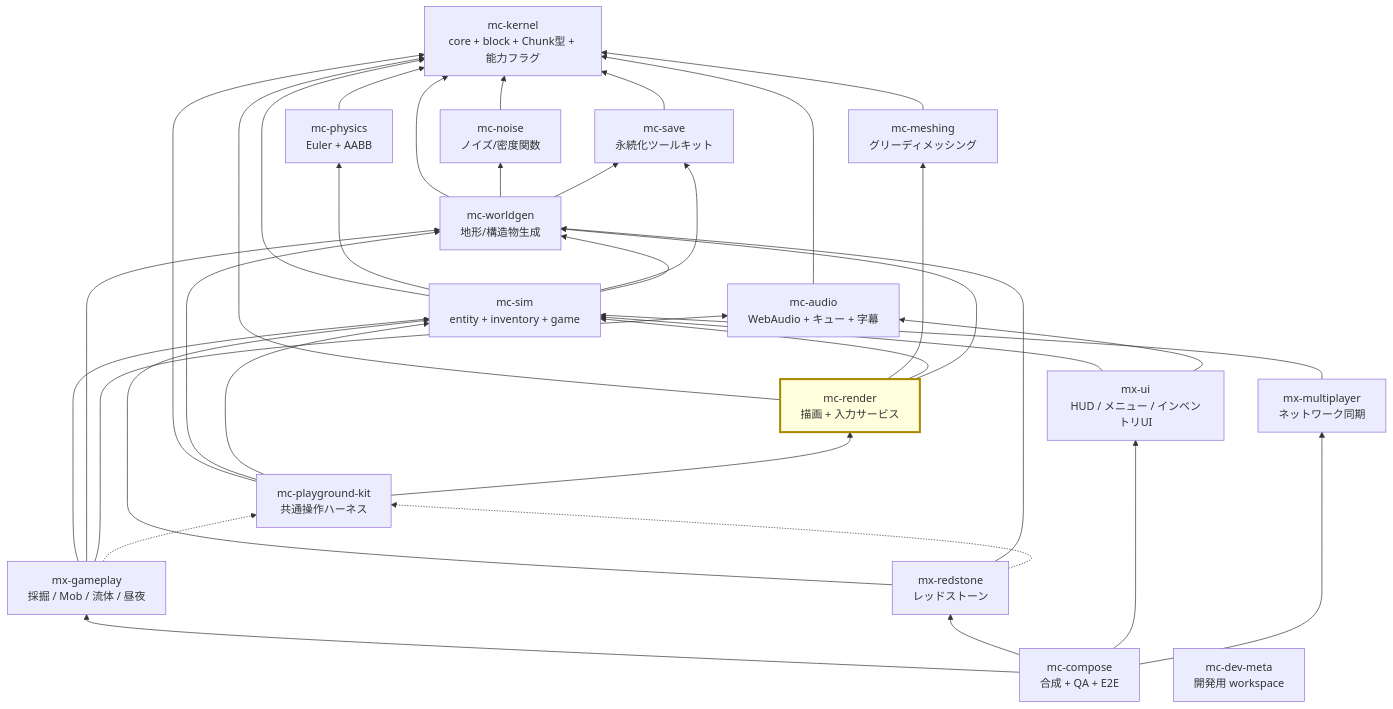
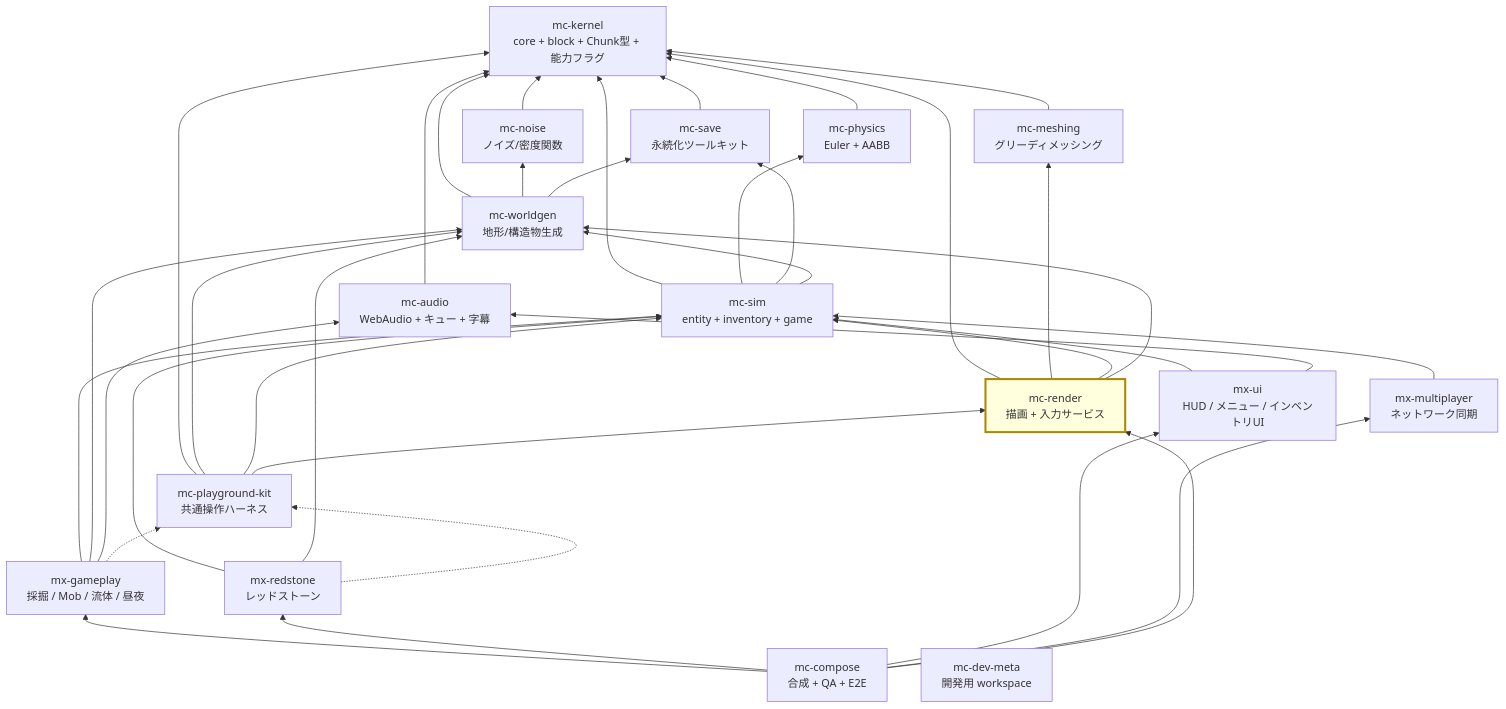
The diagram in docs/architecture.md (nerima-games/mc-render), drawn with Mermaid before and after one commit. The commit also changed other lines of this file and 15 other files, not shown here.

````diff
--- a/docs/architecture.md
+++ b/docs/architecture.md
@@ -23,56 +23,57 @@
 ```mermaid
 graph BT
   kernel["mc-kernel<br/>core + block + Chunk型 + 能力フラグ"]
   noise["mc-noise<br/>ノイズ/密度関数"]
   meshing["mc-meshing<br/>グリーディメッシング"]
   physics["mc-physics<br/>Euler + AABB"]
   save["mc-save<br/>永続化ツールキット"]
   audio["mc-audio<br/>WebAudio + キュー + 字幕"]
   worldgen["mc-worldgen<br/>地形/構造物生成"]
   sim["mc-sim<br/>entity + inventory + game"]
   render["mc-render<br/>描画 + 入力サービス"]
   kit["mc-playground-kit<br/>共通操作ハーネス"]
   gameplay["mx-gameplay<br/>採掘 / Mob / 流体 / 昼夜"]
   redstone["mx-redstone<br/>レッドストーン"]
   ui["mx-ui<br/>HUD / メニュー / インベントリUI"]
   multiplayer["mx-multiplayer<br/>ネットワーク同期"]
   compose["mc-compose<br/>合成 + QA + E2E"]
   devmeta["mc-dev-meta<br/>開発用 workspace"]
 
   noise --> kernel
   meshing --> kernel
   physics --> kernel
   save --> kernel
   audio --> kernel
   worldgen --> kernel
   worldgen --> noise
   worldgen --> save
   sim --> kernel
   sim --> physics
   sim --> save
   sim --> worldgen
   render --> kernel
   render --> meshing
   render --> sim
   render --> worldgen
   kit --> kernel
   kit --> worldgen
   kit --> sim
   kit --> render
   gameplay --> sim
   gameplay --> worldgen
   gameplay --> audio
   gameplay -.-> kit
   redstone --> sim
   redstone --> worldgen
   redstone -.-> kit
   ui --> sim
   ui --> audio
   multiplayer --> sim
   compose --> gameplay
   compose --> redstone
   compose --> ui
   compose --> multiplayer
+  compose --> render
 
   style render fill:#ffd,stroke:#a80,stroke-width:3px
 ```
````
